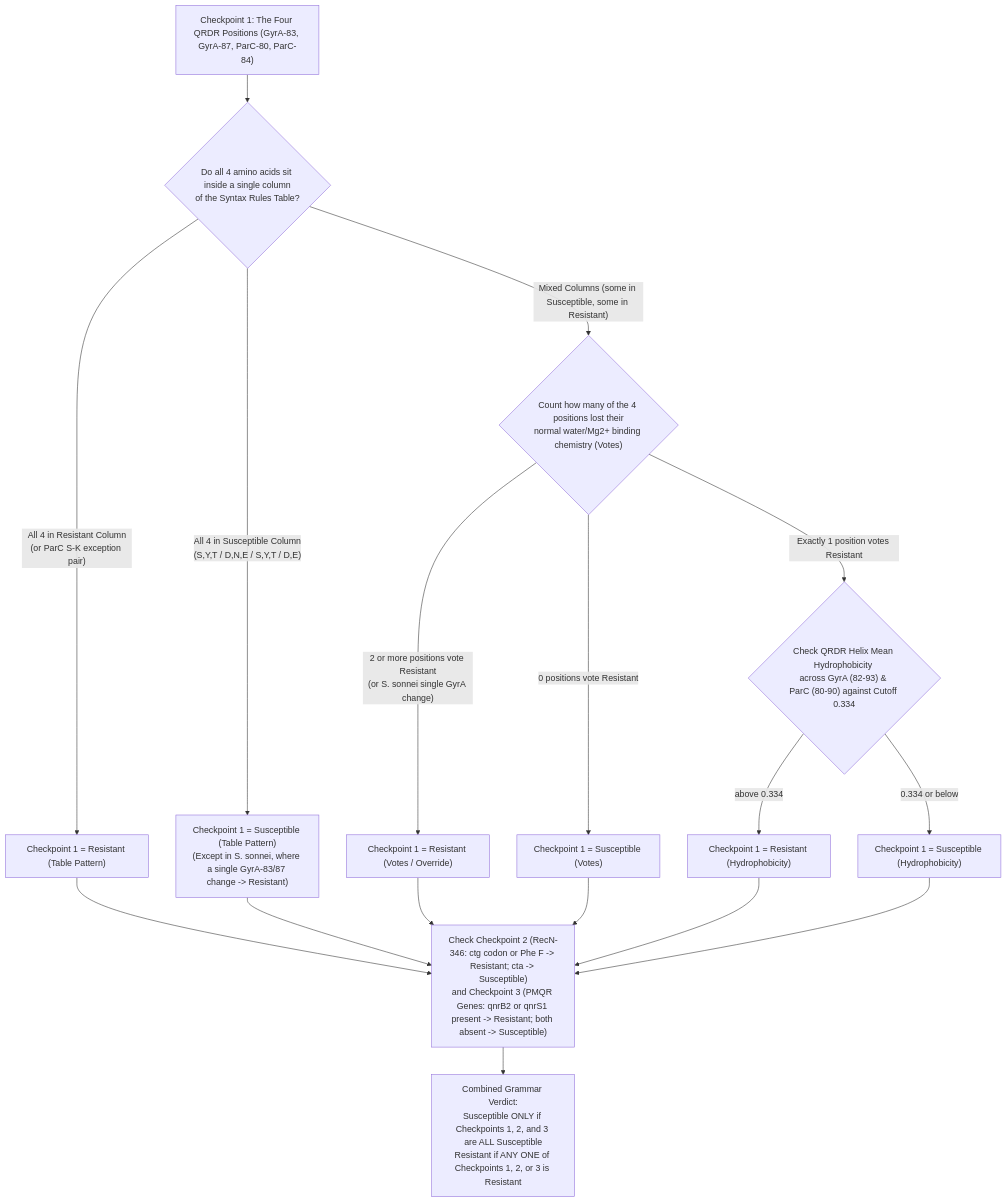
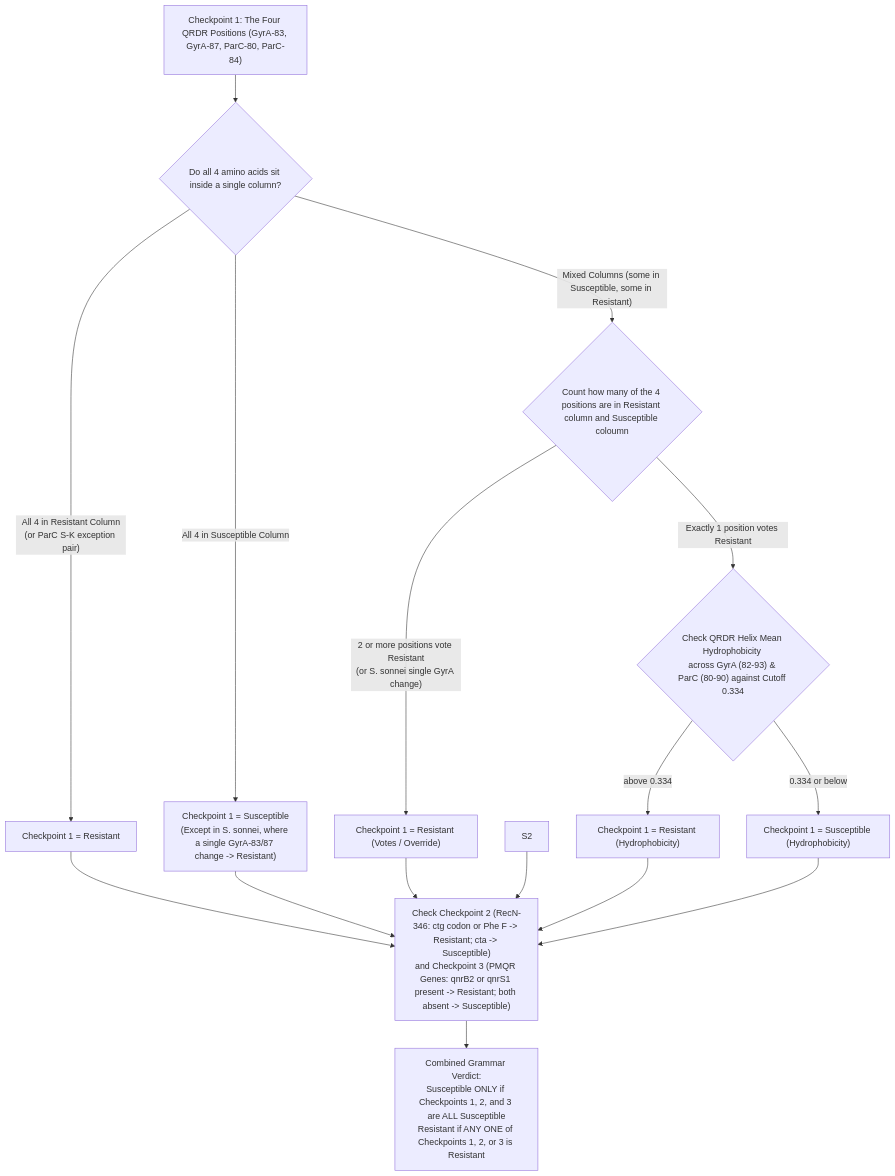
The second of 3 diagrams in readme.md (ikbalsk/Septatyper), drawn with Mermaid before and after one commit. The commit also changed other lines of this file, not shown here.

````diff
--- a/readme.md
+++ b/readme.md
@@ -158,14 +158,13 @@
 ```mermaid
 flowchart TD
-    A["Checkpoint 1: The Four QRDR Positions (GyrA-83, GyrA-87, ParC-80, ParC-84)"] --> B{"Do all 4 amino acids sit inside a single column<br/>of the Syntax Rules Table?"}
-    B -- "All 4 in Resistant Column<br/>(or ParC S-K exception pair)" --> R1["Checkpoint 1 = Resistant (Table Pattern)"]
-    B -- "All 4 in Susceptible Column<br/>(S,Y,T / D,N,E / S,Y,T / D,E)" --> S1["Checkpoint 1 = Susceptible (Table Pattern)<br/>(Except in S. sonnei, where a single GyrA-83/87 change -> Resistant)"]
-    B -- "Mixed Columns (some in Susceptible, some in Resistant)" --> C{"Count how many of the 4 positions lost their<br/>normal water/Mg2+ binding chemistry (Votes)"}
+    A["Checkpoint 1: The Four QRDR Positions (GyrA-83, GyrA-87, ParC-80, ParC-84)"] --> B{"Do all 4 amino acids sit inside a single column?"}
+    B -- "All 4 in Resistant Column<br/>(or ParC S-K exception pair)" --> R1["Checkpoint 1 = Resistant"]
+    B -- "All 4 in Susceptible Column" --> S1["Checkpoint 1 = Susceptible<br/>(Except in S. sonnei, where a single GyrA-83/87 change -> Resistant)"]
+    B -- "Mixed Columns (some in Susceptible, some in Resistant)" --> C{"Count how many of the 4 positions are in Resistant column and Susceptible coloumn"}
     C -- "2 or more positions vote Resistant<br/>(or S. sonnei single GyrA change)" --> R2["Checkpoint 1 = Resistant (Votes / Override)"]
-    C -- "0 positions vote Resistant" --> S2["Checkpoint 1 = Susceptible (Votes)"]
     C -- "Exactly 1 position votes Resistant" --> D{"Check QRDR Helix Mean Hydrophobicity <H><br/>across GyrA (82-93) & ParC (80-90) against Cutoff 0.334"}
     D -- "<H> above 0.334" --> R3["Checkpoint 1 = Resistant (Hydrophobicity)"]
     D -- "<H> 0.334 or below" --> S3["Checkpoint 1 = Susceptible (Hydrophobicity)"]
     R1 & S1 & R2 & S2 & R3 & S3 --> E["Check Checkpoint 2 (RecN-346: ctg codon or Phe F -> Resistant; cta -> Susceptible)<br/>and Checkpoint 3 (PMQR Genes: qnrB2 or qnrS1 present -> Resistant; both absent -> Susceptible)"]
     E --> F["Combined Grammar Verdict:<br/>Susceptible ONLY if Checkpoints 1, 2, and 3 are ALL Susceptible<br/>Resistant if ANY ONE of Checkpoints 1, 2, or 3 is Resistant"]
 ```
````
